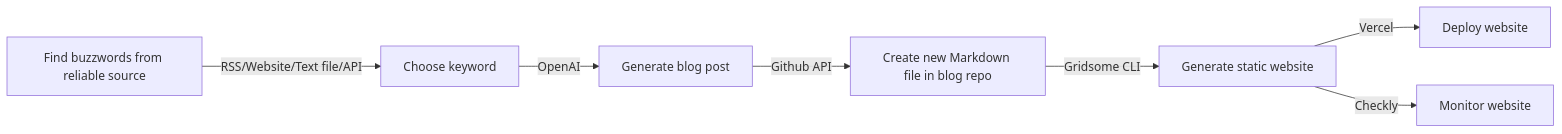
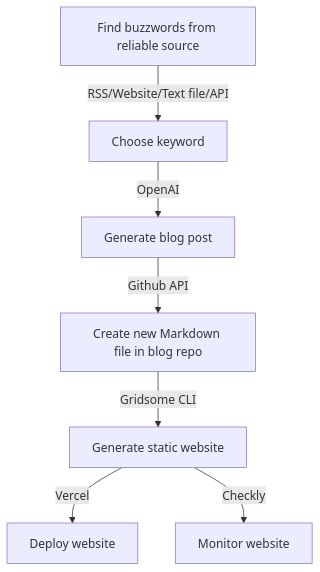
Before and after one commit to joyearnaud/hominem: the second of 3 diagrams in content/posts/fr/openAI-n8n.md, drawn with Mermaid. The commit also changed other lines of this file and 1 other file, not shown here.

Commit message:
fixing mermaid & adding content table

````diff
--- a/content/posts/fr/openAI-n8n.md
+++ b/content/posts/fr/openAI-n8n.md
@@ -113,9 +148,9 @@
 ```mermaid
-graph LR
+graph TB
 A[Find buzzwords from reliable source] -- RSS/Website/Text file/API --> B[Choose keyword]
 B -- OpenAI --> C[Generate blog post]
 C -- Github API --> D[Create new Markdown file in blog repo]
 D -- Gridsome CLI --> E[Generate static website]
 E -- Vercel --> F[Deploy website]
 E -- Checkly --> G[Monitor website]
 ```
````
